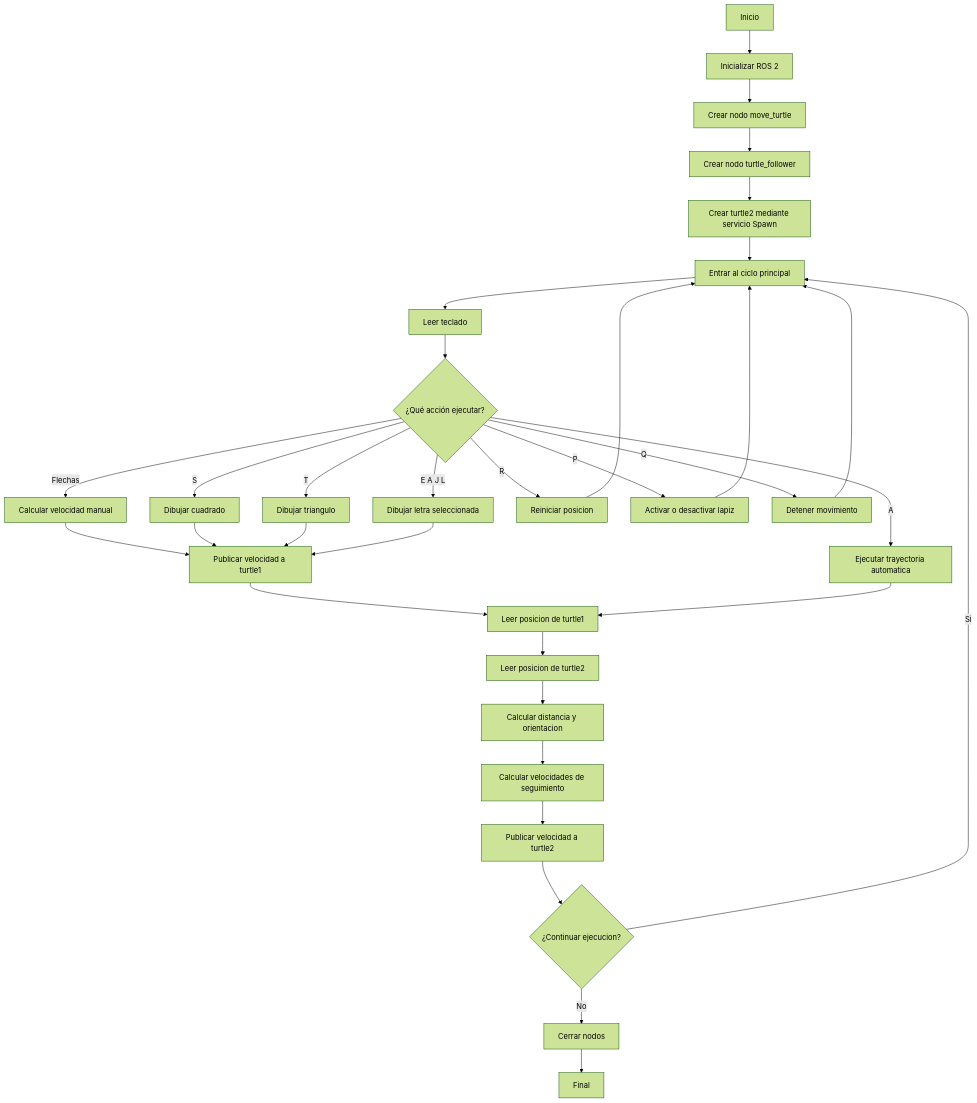
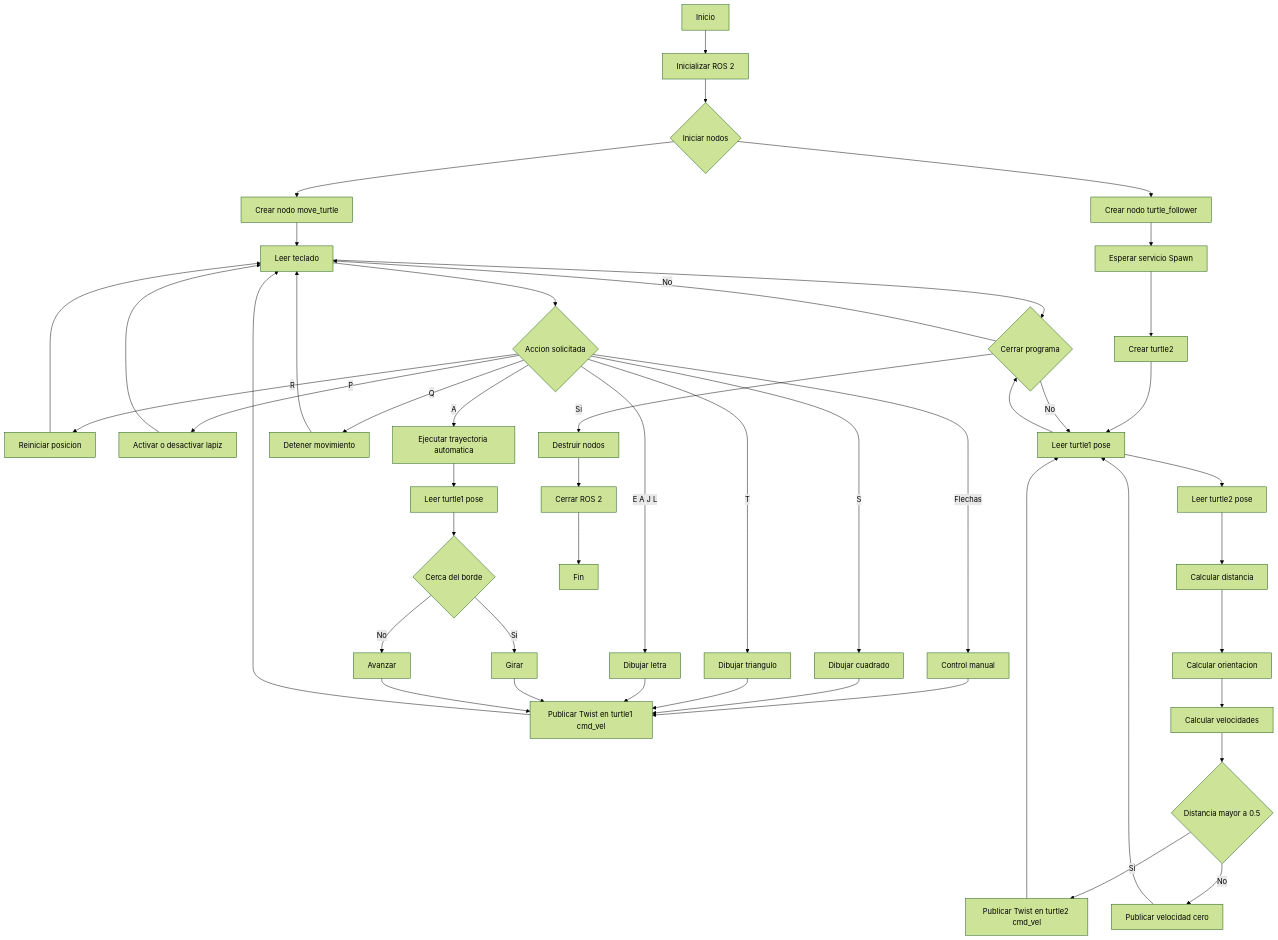
One commit to labsir-un/Robotica-2026-I-Equipo-3A-Arevalo-Lopez changed the diagram in Laboratorio No. 04 - Robótica de Desarrollo ROS Jazzy y Turtlesim/README.MD. Above: the diagram before and after it, drawn with Mermaid (forest theme).

````diff
--- a/Laboratorio No. 04 - Robótica de Desarrollo ROS Jazzy y Turtlesim/README.MD
+++ b/Laboratorio No. 04 - Robótica de Desarrollo ROS Jazzy y Turtlesim/README.MD
@@ -125,47 +121,92 @@
 flowchart TD
 
     A[Inicio] --> B[Inicializar ROS 2]
-    B --> C[Crear nodo move_turtle]
-    C --> D[Crear nodo turtle_follower]
-    D --> E[Crear turtle2 mediante servicio Spawn]
-    E --> F[Entrar al ciclo principal]
 
-    F --> G[Leer teclado]
+    B --> C{Iniciar nodos}
 
-    G --> H{¿Qué acción ejecutar?}
+    %% ==========================
+    %% Nodo move_turtle
+    %% ==========================
 
-    H -- Flechas --> I[Calcular velocidad manual]
-    I --> J[Publicar velocidad a turtle1]
-    J --> K[Leer posicion de turtle1]
+    C --> D[Crear nodo move_turtle]
 
-    H -- S --> L[Dibujar cuadrado]
-    L --> J
+    D --> E[Leer teclado]
 
-    H -- T --> M[Dibujar triangulo]
-    M --> J
+    E --> F{Accion solicitada}
 
-    H -- E A J L --> N[Dibujar letra seleccionada]
-    N --> J
+    F -- Flechas --> G[Control manual]
+    G --> H[Publicar Twist en turtle1 cmd_vel]
 
-    H -- R --> O[Reiniciar posicion]
-    O --> F
+    F -- S --> I[Dibujar cuadrado]
+    I --> H
 
-    H -- P --> P[Activar o desactivar lapiz]
-    P --> F
+    F -- T --> J[Dibujar triangulo]
+    J --> H
 
-    H -- A --> Q[Ejecutar trayectoria automatica]
-    Q --> K
+    F -- E A J L --> K[Dibujar letra]
+    K --> H
 
-    H -- Q --> R[Detener movimiento]
-    R --> F
+    F -- R --> L[Reiniciar posicion]
+    L --> E
 
-    K --> S[Leer posicion de turtle2]
-    S --> T[Calcular distancia y orientacion]
-    T --> U[Calcular velocidades de seguimiento]
-    U --> V[Publicar velocidad a turtle2]
-    V --> W{¿Continuar ejecucion?}
+    F -- P --> M[Activar o desactivar lapiz]
+    M --> E
 
-    W -- Si --> F
-    W -- No --> X[Cerrar nodos]
-    X --> Y[Final]
+    F -- A --> N[Ejecutar trayectoria automatica]
+    N --> O[Leer turtle1 pose]
+    O --> P{Cerca del borde}
+
+    P -- Si --> Q[Girar]
+    P -- No --> R[Avanzar]
+
+    Q --> H
+    R --> H
+
+    F -- Q --> S[Detener movimiento]
+    S --> E
+
+    H --> E
+
+    %% ==========================
+    %% Nodo turtle_follower
+    %% ==========================
+
+    C --> T[Crear nodo turtle_follower]
+
+    T --> U[Esperar servicio Spawn]
+    U --> V[Crear turtle2]
+
+    V --> W[Leer turtle1 pose]
+    W --> X[Leer turtle2 pose]
+
+    X --> Y[Calcular distancia]
+
+    Y --> Z[Calcular orientacion]
+
+    Z --> AA[Calcular velocidades]
+
+    AA --> AB{Distancia mayor a 0.5}
+
+    AB -- Si --> AC[Publicar Twist en turtle2 cmd_vel]
+    AB -- No --> AD[Publicar velocidad cero]
+
+    AC --> W
+    AD --> W
+
+    %% ==========================
+    %% Finalizacion
+    %% ==========================
+
+    E --> AE{Cerrar programa}
+
+    W --> AE
+
+    AE -- No --> E
+    AE -- No --> W
+
+    AE -- Si --> AF[Destruir nodos]
+
+    AF --> AG[Cerrar ROS 2]
+
+    AG --> AH[Fin]
 ```
````
